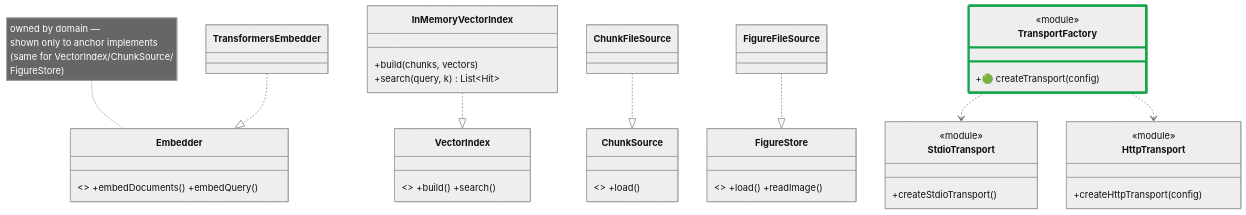
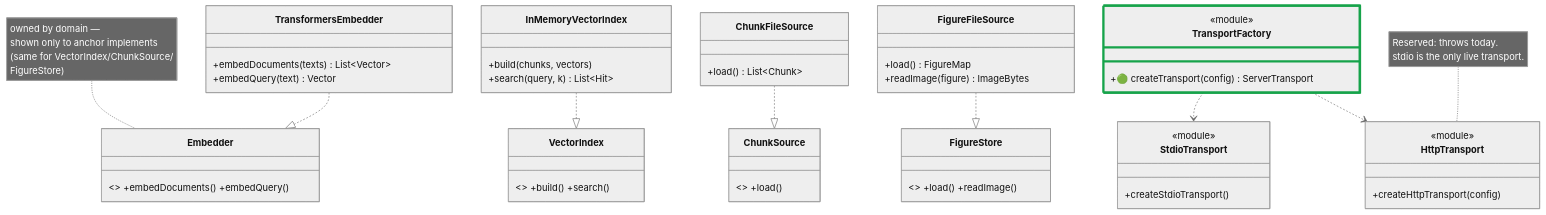
Diagram 17 of 19 in docs/architecture/system-class-diagram.md (SzatanKluska/MCPSWEBOK), drawn with Mermaid (neutral theme) before and after one commit. The commit also changed other lines of this file and 6 other files, not shown here.

````diff
--- a/docs/architecture/system-class-diagram.md
+++ b/docs/architecture/system-class-diagram.md
@@ -754,37 +782,46 @@
 ```mermaid
 classDiagram
-  class TransformersEmbedder
+  class TransformersEmbedder {
+    +embedDocuments(texts) List~Vector~
+    +embedQuery(text) Vector
+  }
   class InMemoryVectorIndex {
     +build(chunks, vectors)
     +search(query, k) List~Hit~
   }
-  class ChunkFileSource
-  class FigureFileSource
+  class ChunkFileSource {
+    +load() List~Chunk~
+  }
+  class FigureFileSource {
+    +load() FigureMap
+    +readImage(figure) ImageBytes
+  }
   class TransportFactory {
     <<module>>
-    +🟢 createTransport(config)
+    +🟢 createTransport(config) ServerTransport
   }
   class StdioTransport {
     <<module>>
     +createStdioTransport()
   }
   class HttpTransport {
     <<module>>
     +createHttpTransport(config)
   }
 
   class Embedder { <<interface>> +embedDocuments() +embedQuery() }
   class VectorIndex { <<interface>> +build() +search() }
   class ChunkSource { <<interface>> +load() }
   class FigureStore { <<interface>> +load() +readImage() }
 
   TransformersEmbedder ..|> Embedder
   InMemoryVectorIndex ..|> VectorIndex
   ChunkFileSource ..|> ChunkSource
   FigureFileSource ..|> FigureStore
   TransportFactory ..> StdioTransport
   TransportFactory ..> HttpTransport
 
   note for Embedder "owned by domain —<br/>shown only to anchor implements<br/>(same for VectorIndex/ChunkSource/<br/>FigureStore)"
+  note for HttpTransport "Reserved: throws today.<br/>stdio is the only live transport."
   style TransportFactory stroke:#16A34A,stroke-width:4px
 ```
````
